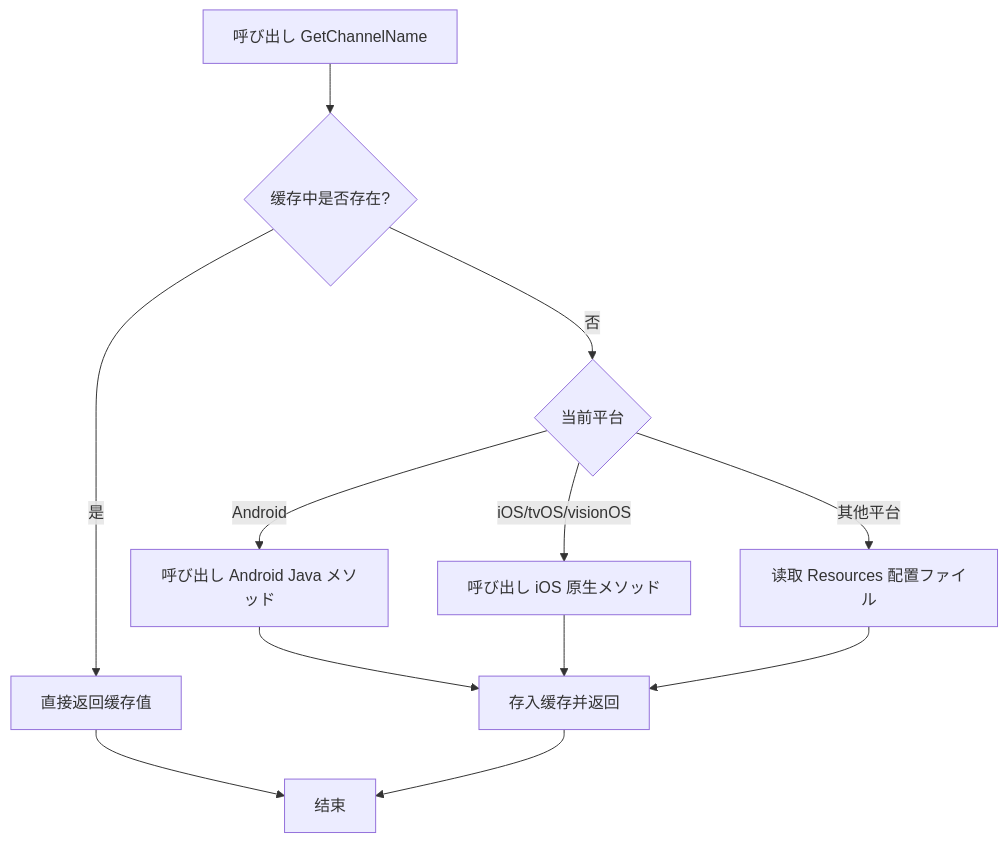
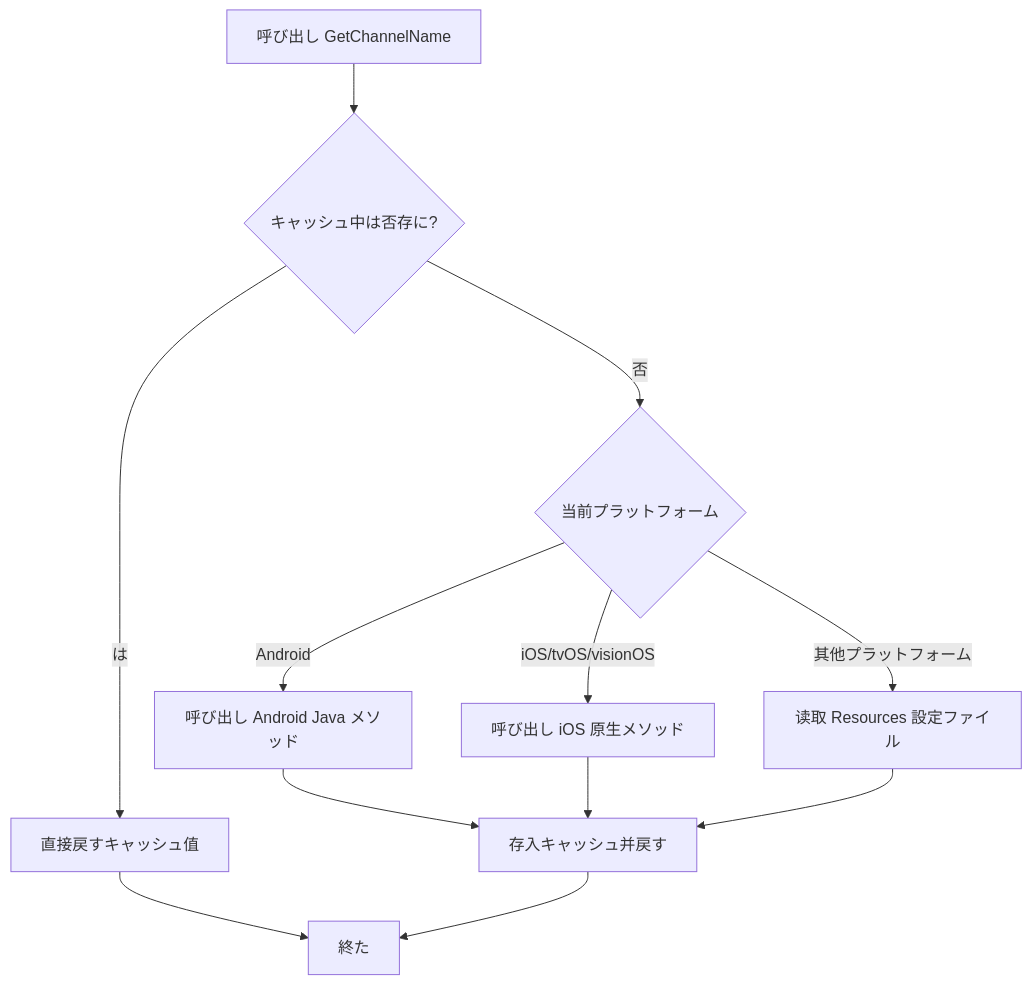
The diagram in docs/ja/client/unity/component/getchannel/03.getting-started.md (AlianBlank/GameFrameX.Docs), drawn with Mermaid before and after one commit. The commit also changed other lines of this file and 320 other files, not shown here.

````diff
--- a/docs/ja/client/unity/component/getchannel/03.getting-started.md
+++ b/docs/ja/client/unity/component/getchannel/03.getting-started.md
@@ -89,14 +89,14 @@
 ```mermaid
 flowchart TD
-    A[呼び出し GetChannelName] --> B{缓存中是否存在?}
-    B -->|是| C[直接返回缓存值]
-    B -->|否| D{当前平台}
+    A[呼び出し GetChannelName] --> B{キャッシュ中は否存に?}
+    B -->|は| C[直接戻すキャッシュ值]
+    B -->|否| D{当前プラットフォーム}
     D -->|Android| E[呼び出し Android Java メソッド]
     D -->|iOS/tvOS/visionOS| F[呼び出し iOS 原生メソッド]
-    D -->|其他平台| G[读取 Resources 配置ファイル]
-    E --> H[存入缓存并返回]
+    D -->|其他プラットフォーム| G[读取 Resources 設定ファイル]
+    E --> H[存入キャッシュ并戻す]
     F --> H
     G --> H
-    C --> I[结束]
+    C --> I[終た]
     H --> I
 ```
````
